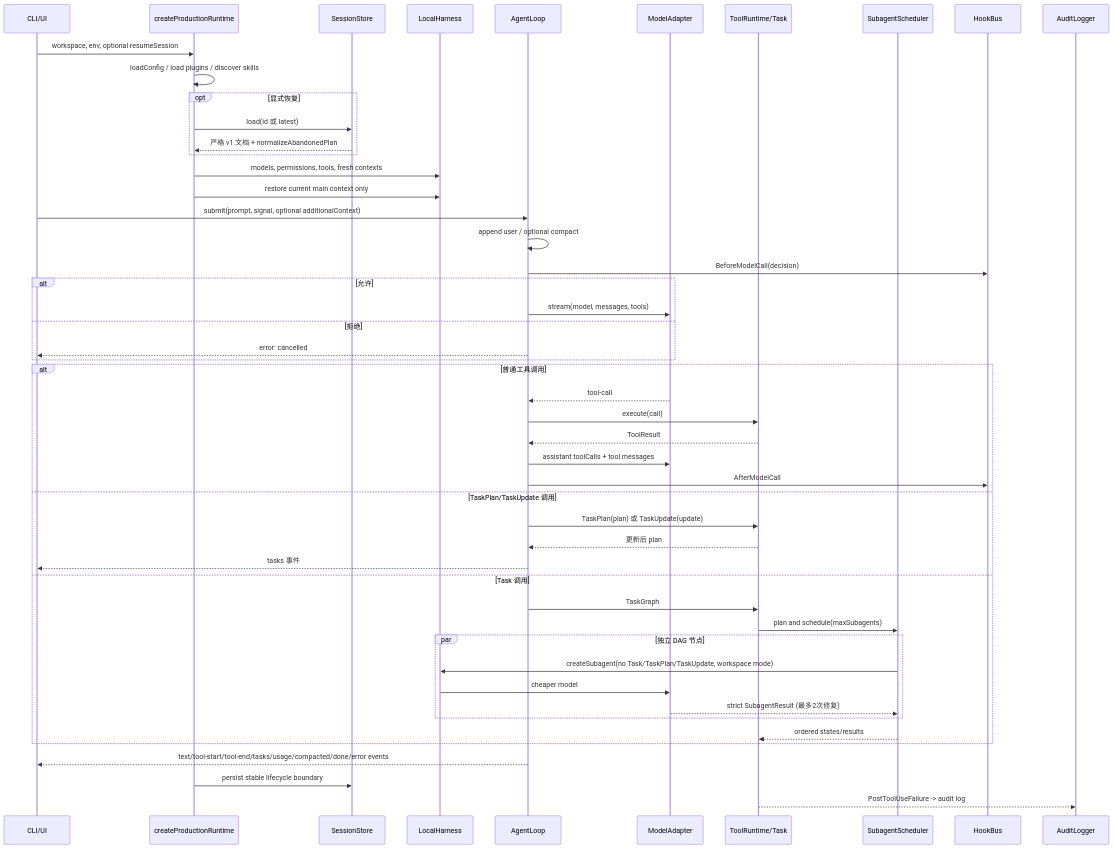
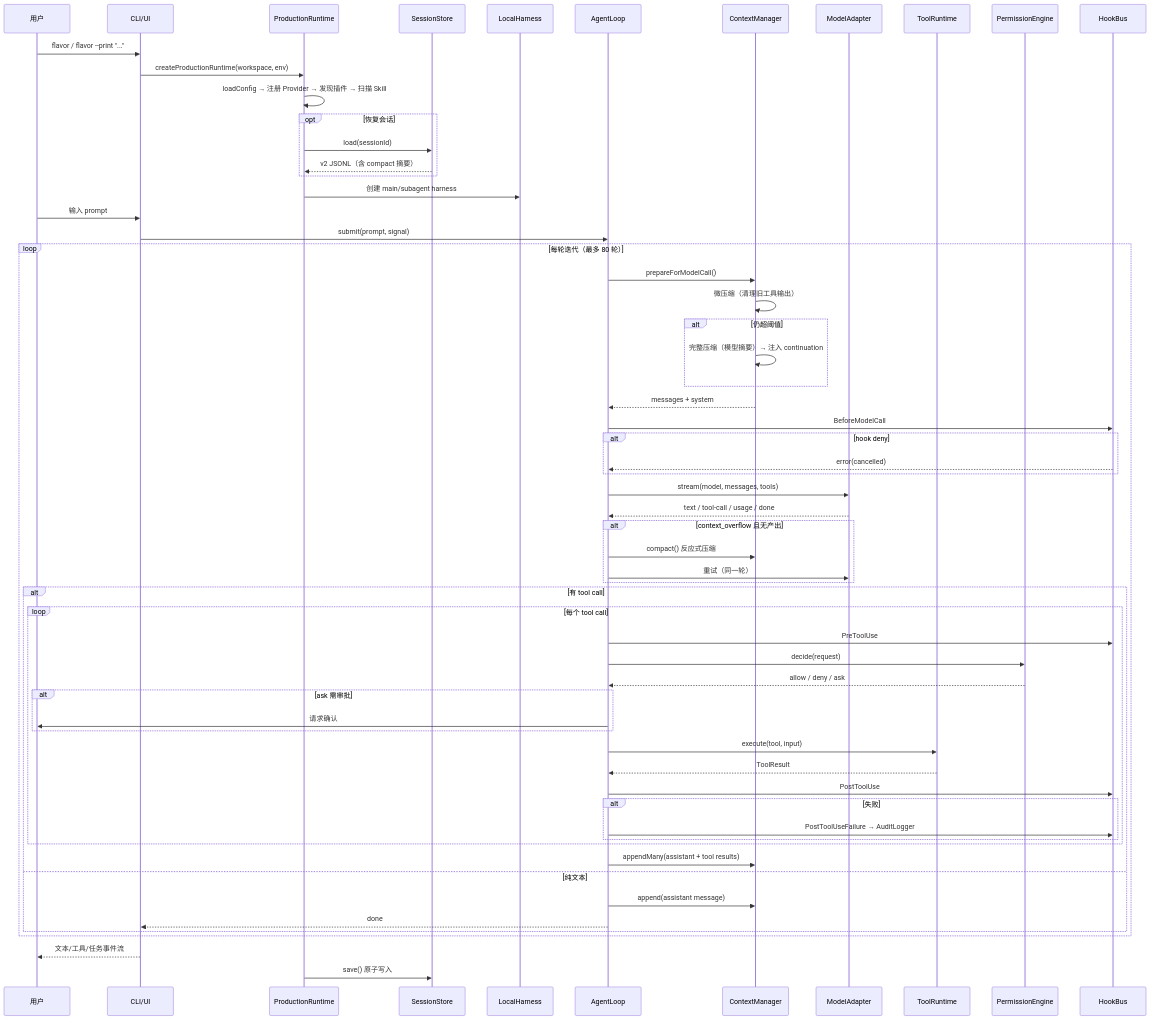
One commit to YachuanWzh/flavor-code changed the second of 11 diagrams in 技术方案报告.md. Above: the diagram before and after it, drawn with Mermaid. The commit also changed other lines of this file and 1 other file, not shown here.

First line of the commit message:
docs(architecture): 重构技术方案报告，完善架构设计与组件说明

````diff
--- a/技术方案报告.md
+++ b/技术方案报告.md
@@ -36,53 +108,72 @@
 ```mermaid
 sequenceDiagram
-  participant C as CLI/UI
-  participant P as createProductionRuntime
-  participant S as SessionStore
-  participant H as LocalHarness
-  participant L as AgentLoop
-  participant M as ModelAdapter
-  participant T as ToolRuntime/Task
-  participant A as SubagentScheduler
-  participant HK as HookBus
-  participant AL as AuditLogger
+    participant U as 用户
+    participant CLI as CLI/UI
+    participant P as ProductionRuntime
+    participant S as SessionStore
+    participant H as LocalHarness
+    participant L as AgentLoop
+    participant C as ContextManager
+    participant M as ModelAdapter
+    participant T as ToolRuntime
+    participant PE as PermissionEngine
+    participant HK as HookBus
 
-  C->>P: workspace, env, optional resumeSession
-  P->>P: loadConfig / load plugins / discover skills
-  opt 显式恢复
-    P->>S: load(id 或 latest)
-    S-->>P: 严格 v1 文档 + normalizeAbandonedPlan
-  end
-  P->>H: models, permissions, tools, fresh contexts
-  P->>H: restore current main context only
-  C->>L: submit(prompt, signal, optional additionalContext)
-  L->>L: append user / optional compact
-  L->>HK: BeforeModelCall(decision)
-  alt 允许
-    L->>M: stream(model, messages, tools)
-  else 拒绝
-    L-->>C: error: cancelled
-  end
-  alt 普通工具调用
-    M-->>L: tool-call
-    L->>T: execute(call)
-    T-->>L: ToolResult
-    L->>M: assistant toolCalls + tool messages
-    L->>HK: AfterModelCall
-  else TaskPlan/TaskUpdate 调用
-    L->>T: TaskPlan(plan) 或 TaskUpdate(update)
-    T-->>L: 更新后 plan
-    L-->>C: tasks 事件
-  else Task 调用
-    L->>T: TaskGraph
-    T->>A: plan and schedule(maxSubagents)
-    par 独立 DAG 节点
-      A->>H: createSubagent(no Task/TaskPlan/TaskUpdate, workspace mode)
-      H->>M: cheaper model
-      M-->>A: strict SubagentResult (最多2次修复)
+    U->>CLI: flavor / flavor --print "..."
+    CLI->>P: createProductionRuntime(workspace, env)
+    P->>P: loadConfig → 注册 Provider → 发现插件 → 扫描 Skill
+    opt 恢复会话
+        P->>S: load(sessionId)
+        S-->>P: v2 JSONL（含 compact 摘要）
     end
-    A-->>T: ordered states/results
-  end
-  L-->>C: text/tool-start/tool-end/tasks/usage/compacted/done/error events
-  P->>S: persist stable lifecycle boundary
-  T-->>AL: PostToolUseFailure -> audit log
+    P->>H: 创建 main/subagent harness
+
+    U->>CLI: 输入 prompt
+    CLI->>L: submit(prompt, signal)
+
+    loop 每轮迭代（最多 80 轮）
+        L->>C: prepareForModelCall()
+        C->>C: 微压缩（清理旧工具输出）
+        alt 仍超阈值
+            C->>C: 完整压缩（模型摘要）→ 注入 continuation
+        end
+        C-->>L: messages + system
+
+        L->>HK: BeforeModelCall
+        alt hook deny
+            HK-->>L: error(cancelled)
+        end
+
+        L->>M: stream(model, messages, tools)
+        M-->>L: text / tool-call / usage / done
+
+        alt context_overflow 且无产出
+            L->>C: compact() 反应式压缩
+            L->>M: 重试（同一轮）
+        end
+
+        alt 有 tool call
+            loop 每个 tool call
+                L->>HK: PreToolUse
+                L->>PE: decide(request)
+                PE-->>L: allow / deny / ask
+                alt ask 需审批
+                    L->>U: 请求确认
+                end
+                L->>T: execute(tool, input)
+                T-->>L: ToolResult
+                L->>HK: PostToolUse
+                alt 失败
+                    L->>HK: PostToolUseFailure → AuditLogger
+                end
+            end
+            L->>C: appendMany(assistant + tool results)
+        else 纯文本
+            L->>C: append(assistant message)
+            L-->>CLI: done
+        end
+    end
+
+    CLI-->>U: 文本/工具/任务事件流
+    P->>S: save() 原子写入
 ```
````
